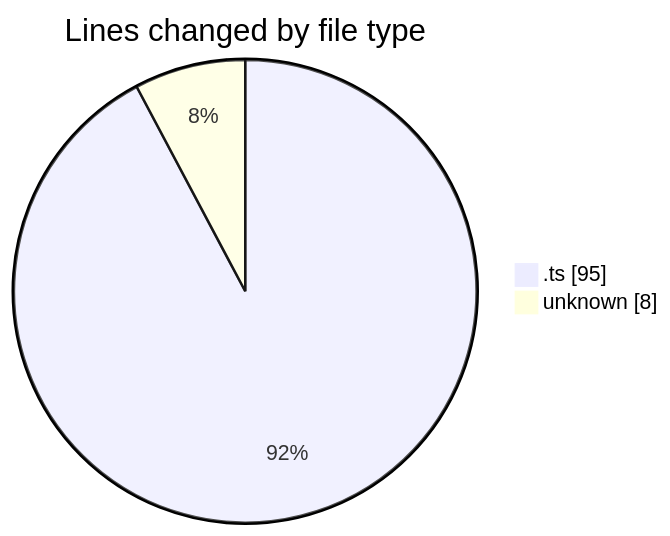
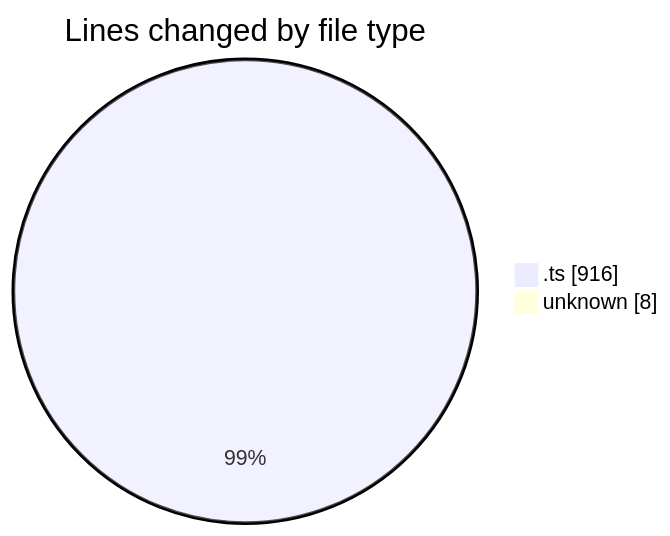
The first of 2 diagrams in 2025-10-01/oura-api/README.md (mevix1/code-tracking), drawn with Mermaid before and after one commit. The commit also changed other lines of this file and 1 other file, not shown here.

````diff
--- a/2025-10-01/oura-api/README.md
+++ b/2025-10-01/oura-api/README.md
@@ -21,6 +23,6 @@
 ```mermaid
 pie showData
 title Lines changed by file type
-".ts" : 95
+".ts" : 916
 "unknown" : 8
 ```
````
